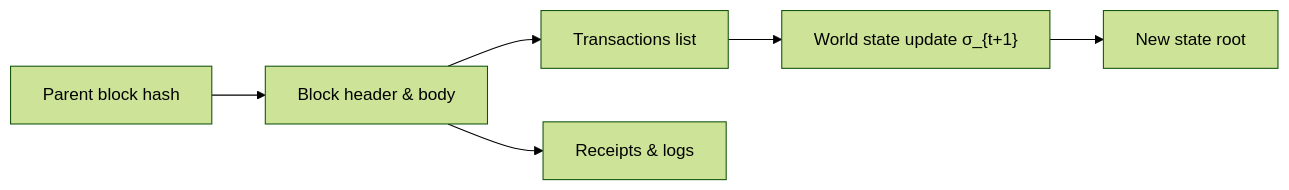
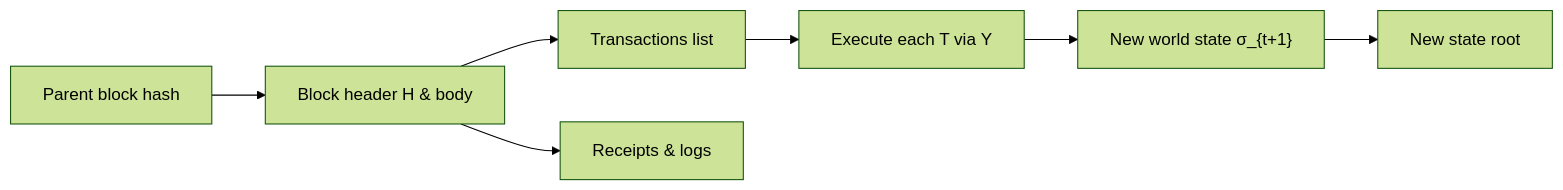
Before and after one commit to deepakraous/evm-lean4: the sixth of 7 diagrams in YELLOW_PAPER_MERMAID.md, drawn with Mermaid (forest theme). The commit also changed other lines of this file, not shown here.

Commit message:
Expand Yellow Paper sections 4-8 with detailed math, execution, and block semantics

````diff
--- a/YELLOW_PAPER_MERMAID.md
+++ b/YELLOW_PAPER_MERMAID.md
@@ -215,8 +365,9 @@
 ```mermaid
 flowchart LR
-  Parent["Parent block hash"] --> Block["Block header & body"]
+  Parent["Parent block hash"] --> Block["Block header H & body"]
   Block --> Transactions["Transactions list"]
-  Transactions --> State["World state update σ_{t+1}"]
+  Transactions --> Execute["Execute each T via Υ"]
+  Execute --> State["New world state σ_{t+1}"]
   Block --> Receipts["Receipts & logs"]
   State --> Root["New state root"]
 ```
````
